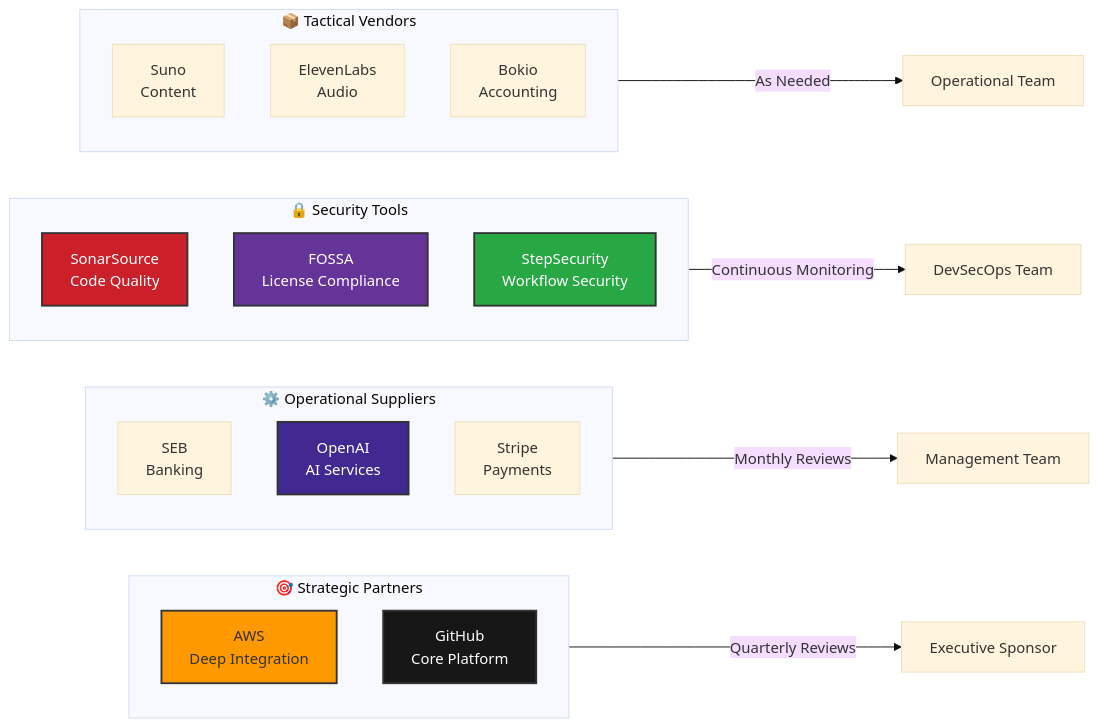
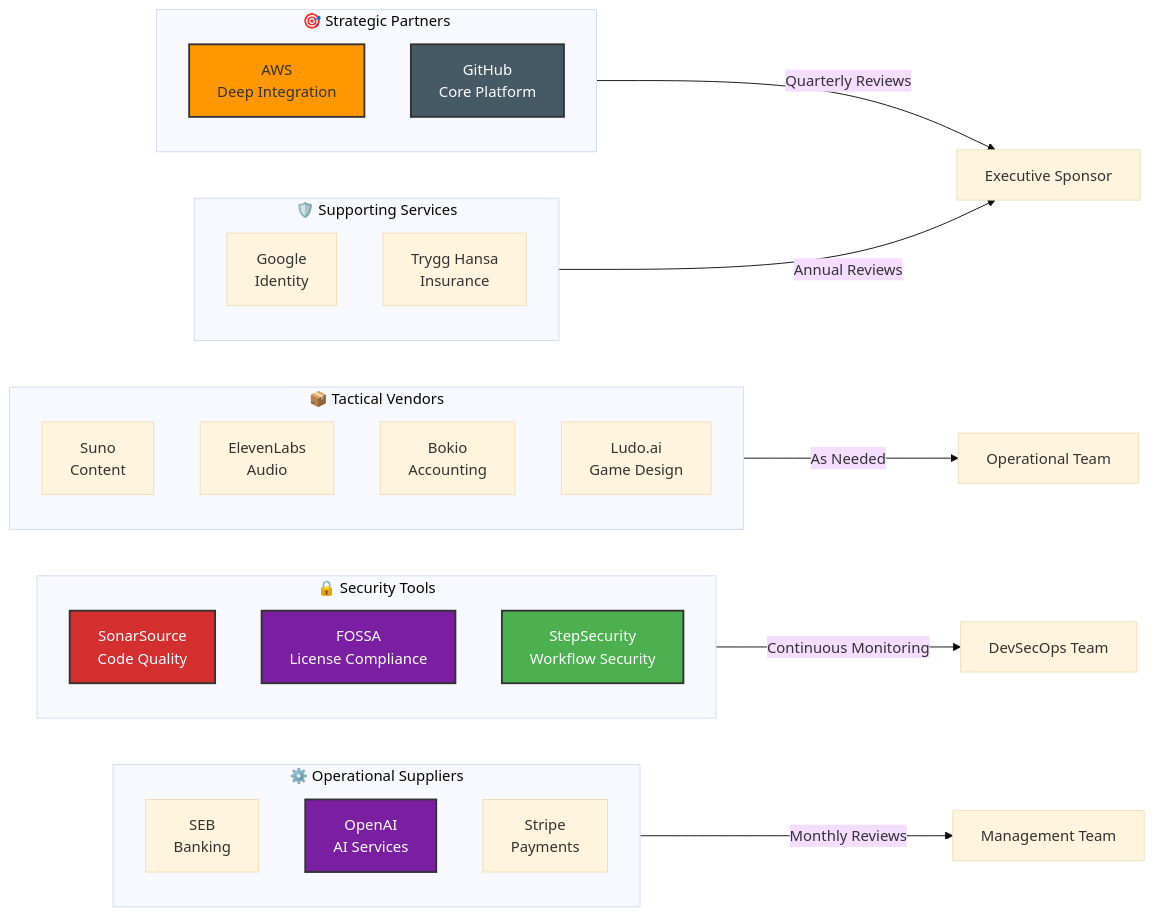
Before and after one commit to Hack23/ISMS-PUBLIC: the fifth of 5 diagrams in SUPPLIER.md, drawn with Mermaid (base theme). The commit also changed other lines of this file and 35 other files, not shown here.

````diff
--- a/SUPPLIER.md
+++ b/SUPPLIER.md
@@ -414,37 +451,44 @@
 ```mermaid
 graph LR
     subgraph Strategic["🎯 Strategic Partners"]
         AWS[AWS<br/>Deep Integration]
         GitHub[GitHub<br/>Core Platform]
     end
     
     subgraph Operational["⚙️ Operational Suppliers"]
         SEB[SEB<br/>Banking]
         OpenAI[OpenAI<br/>AI Services]
         Stripe[Stripe<br/>Payments]
     end
     
     subgraph Security["🔒 Security Tools"]
         SonarSource[SonarSource<br/>Code Quality]
         FOSSA[FOSSA<br/>License Compliance]
         StepSecurity[StepSecurity<br/>Workflow Security]
     end
     
     subgraph Tactical["📦 Tactical Vendors"]
         Suno[Suno<br/>Content]
         ElevenLabs[ElevenLabs<br/>Audio]
         Bokio[Bokio<br/>Accounting]
+        Ludo.ai[Ludo.ai<br/>Game Design]
+    end
+    
+    subgraph Support["🛡️ Supporting Services"]
+        Google[Google<br/>Identity]
+        TryggHansa[Trygg Hansa<br/>Insurance]
     end
     
     Strategic -->|Quarterly Reviews| Executive[Executive Sponsor]
     Operational -->|Monthly Reviews| Management[Management Team]
     Security -->|Continuous Monitoring| DevSecOps[DevSecOps Team]
     Tactical -->|As Needed| Operational_Team[Operational Team]
+    Support -->|Annual Reviews| Executive
     
-    style AWS fill:#ff9900,stroke:#333,stroke-width:2px
-    style GitHub fill:#181717,stroke:#333,stroke-width:2px,color:#fff
-    style OpenAI fill:#412991,stroke:#333,stroke-width:2px,color:#fff
-    style SonarSource fill:#CB2029,stroke:#333,stroke-width:2px,color:#fff
-    style FOSSA fill:#663399,stroke:#333,stroke-width:2px,color:#fff
-    style StepSecurity fill:#28a745,stroke:#333,stroke-width:2px,color:#fff
+    style AWS fill:#FF9800,stroke:#333,stroke-width:2px
+    style GitHub fill:#455A64,stroke:#333,stroke-width:2px,color:#fff
+    style OpenAI fill:#7B1FA2,stroke:#333,stroke-width:2px,color:#fff
+    style SonarSource fill:#D32F2F,stroke:#333,stroke-width:2px,color:#fff
+    style FOSSA fill:#7B1FA2,stroke:#333,stroke-width:2px,color:#fff
+    style StepSecurity fill:#4CAF50,stroke:#333,stroke-width:2px,color:#fff
 ```
````
